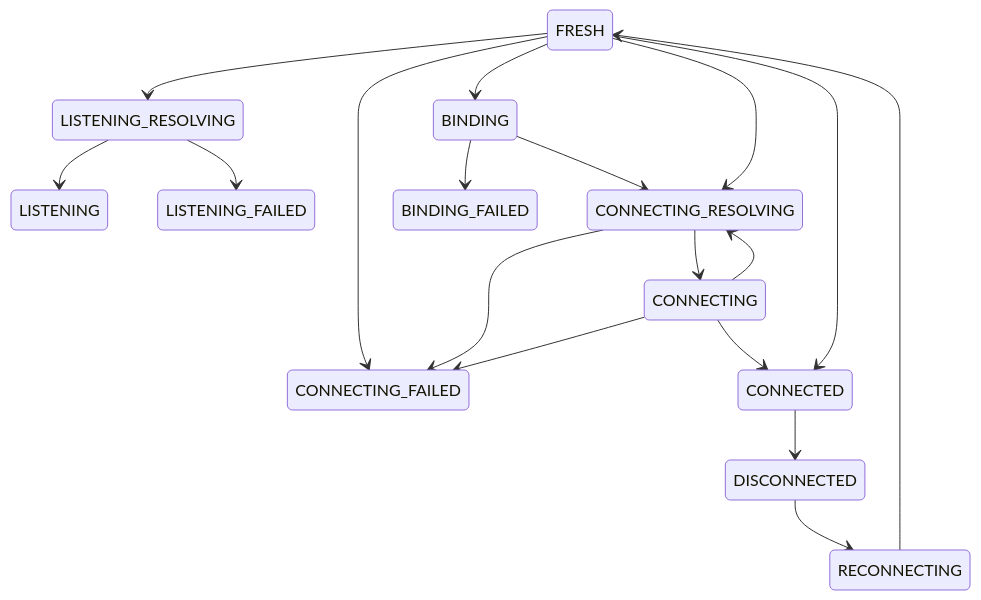
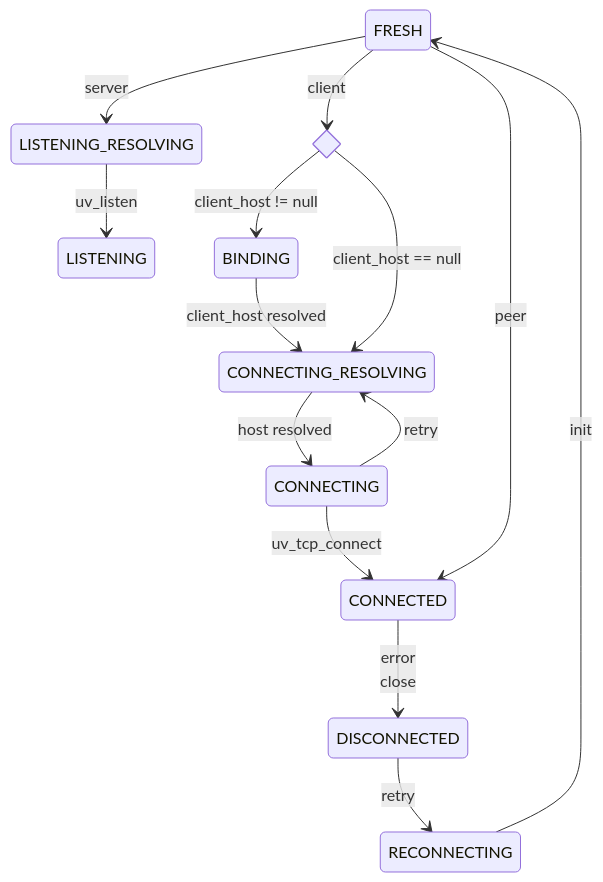
Before and after one commit to microsoft/CCF: the second of 4 diagrams in doc/architecture/tcp_internals.rst, drawn with Mermaid. The commit also changed other lines of this file, not shown here.

Commit message:
edge annotation on state diagram

```diff
--- a/doc/architecture/tcp_internals.rst
+++ b/doc/architecture/tcp_internals.rst
@@ -74,27 +74,27 @@
 .. mermaid::
 
     stateDiagram-v2
-        FRESH --> CONNECTING_FAILED
-        FRESH --> BINDING
-        FRESH --> LISTENING_RESOLVING
+        %% Server side
+        FRESH --> LISTENING_RESOLVING : server
+        LISTENING_RESOLVING --> LISTENING : uv_listen
 
-        LISTENING_RESOLVING --> LISTENING
-        LISTENING_RESOLVING --> LISTENING_FAILED
+        %% Client side
+        state client_host <<choice>>
+        FRESH --> client_host : client
+        client_host --> BINDING : client_host != null
 
-        BINDING --> CONNECTING_RESOLVING
-        BINDING --> BINDING_FAILED
+        BINDING --> CONNECTING_RESOLVING : client_host resolved
 
-        FRESH --> CONNECTING_RESOLVING
+        client_host --> CONNECTING_RESOLVING : client_host == null
+        CONNECTING_RESOLVING --> CONNECTING : host resolved
 
-        CONNECTING_RESOLVING --> CONNECTING
-        CONNECTING_RESOLVING --> CONNECTING_FAILED
+        CONNECTING --> CONNECTING_RESOLVING : retry
+        CONNECTING --> CONNECTED : uv_tcp_connect
 
-        CONNECTING --> CONNECTING_RESOLVING
-        CONNECTING --> CONNECTED
-        CONNECTING --> CONNECTING_FAILED
+        %% Peer side
+        FRESH --> CONNECTED : peer
 
-        FRESH --> CONNECTED
-
-        CONNECTED --> DISCONNECTED
-        DISCONNECTED --> RECONNECTING
-        RECONNECTING --> FRESH
+        %% Disconnect / reconnect
+        CONNECTED --> DISCONNECTED : error<br>close
+        DISCONNECTED --> RECONNECTING : retry
+        RECONNECTING --> FRESH : init
```
